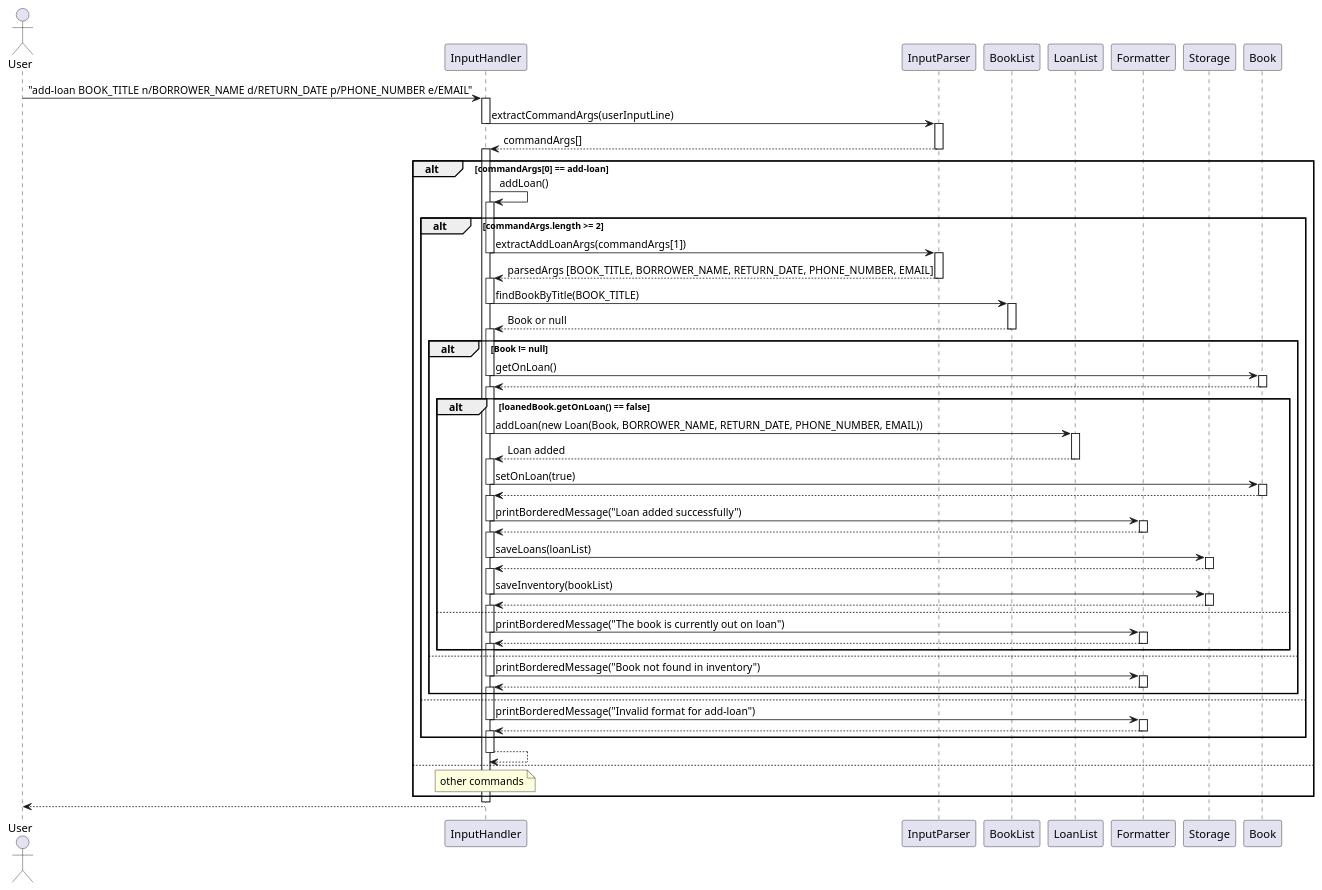
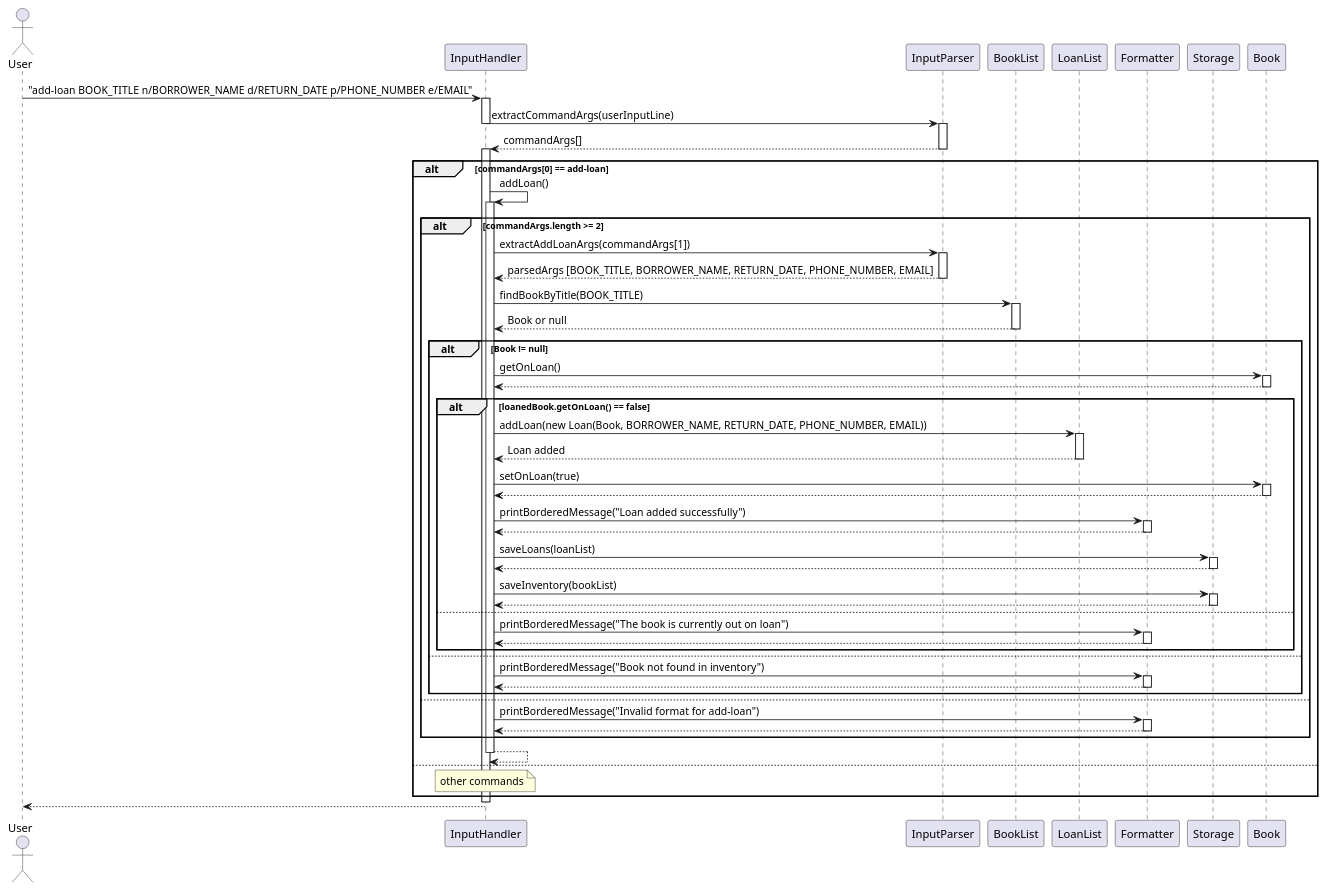
The diagram in docs/diagrams/addloan.puml (AY2425S2-CS2113-T12-2/tp), drawn with PlantUML before and after one commit. The commit also changed 1 other file, not shown here.

Commit message:
Fix broken activation bar in add-loan Sequence Diagram

```diff
--- a/docs/diagrams/addloan.puml
+++ b/docs/diagrams/addloan.puml
@@ -1,128 +1,106 @@
 @startuml
 actor User
 participant InputHandler
 participant InputParser
 participant BookList
 participant LoanList
 participant Formatter
 participant Storage
 
 User -> InputHandler: "add-loan BOOK_TITLE n/BORROWER_NAME d/RETURN_DATE p/PHONE_NUMBER e/EMAIL"
 activate InputHandler
 
 InputHandler -> InputParser: extractCommandArgs(userInputLine)
 deactivate InputHandler
 activate InputParser
 
 InputParser --> InputHandler: commandArgs[]
 deactivate InputParser
 activate InputHandler
 
 alt commandArgs[0] == add-loan
     InputHandler -> InputHandler : addLoan()
     activate InputHandler
 
 alt commandArgs.length >= 2
     InputHandler -> InputParser: extractAddLoanArgs(commandArgs[1])
-    deactivate InputHandler
     activate InputParser
 
     InputParser --> InputHandler: parsedArgs [BOOK_TITLE, BORROWER_NAME, RETURN_DATE, PHONE_NUMBER, EMAIL]
     deactivate InputParser
-    activate InputHandler
 
     InputHandler -> BookList: findBookByTitle(BOOK_TITLE)
-    deactivate InputHandler
     activate BookList
 
     BookList --> InputHandler: Book or null
     deactivate BookList
-    activate InputHandler
 
     alt Book != null
         InputHandler -> Book: getOnLoan()
-        deactivate InputHandler
         activate Book
 
         Book --> InputHandler
         deactivate Book
-        activate InputHandler
 
         alt loanedBook.getOnLoan() == false
             InputHandler -> LoanList: addLoan(new Loan(Book, BORROWER_NAME, RETURN_DATE, PHONE_NUMBER, EMAIL))
-            deactivate InputHandler
             activate LoanList
             LoanList --> InputHandler: Loan added
             deactivate LoanList
-            activate InputHandler
 
             InputHandler -> Book: setOnLoan(true)
-            deactivate InputHandler
             activate Book
 
             Book --> InputHandler
             deactivate Book
-            activate InputHandler
 
             InputHandler -> Formatter: printBorderedMessage("Loan added successfully")
-            deactivate InputHandler
             activate Formatter
 
             Formatter --> InputHandler
             deactivate Formatter
-            activate InputHandler
 
             InputHandler -> Storage: saveLoans(loanList)
-            deactivate InputHandler
             activate Storage
 
             Storage --> InputHandler
             deactivate Storage
-            activate InputHandler
 
             InputHandler -> Storage: saveInventory(bookList)
-            deactivate InputHandler
             activate Storage
 
             Storage --> InputHandler
             deactivate Storage
-            activate InputHandler
 
         else
             InputHandler -> Formatter: printBorderedMessage("The book is currently out on loan")
-            deactivate InputHandler
             activate Formatter
 
             Formatter --> InputHandler
             deactivate Formatter
-            activate InputHandler
         end
     else
         InputHandler -> Formatter: printBorderedMessage("Book not found in inventory")
-        deactivate InputHandler
         activate Formatter
 
         Formatter --> InputHandler
         deactivate Formatter
-        activate InputHandler
     end
 
     else
         InputHandler -> Formatter: printBorderedMessage("Invalid format for add-loan")
-        deactivate InputHandler
         activate Formatter
         Formatter --> InputHandler
         deactivate Formatter
-        activate InputHandler
     end
 
 InputHandler --> InputHandler
 deactivate InputHandler
 
 else
     note over InputHandler : other commands
 end
 
 deactivate InputHandler
 InputHandler --> User
 @enduml
```
